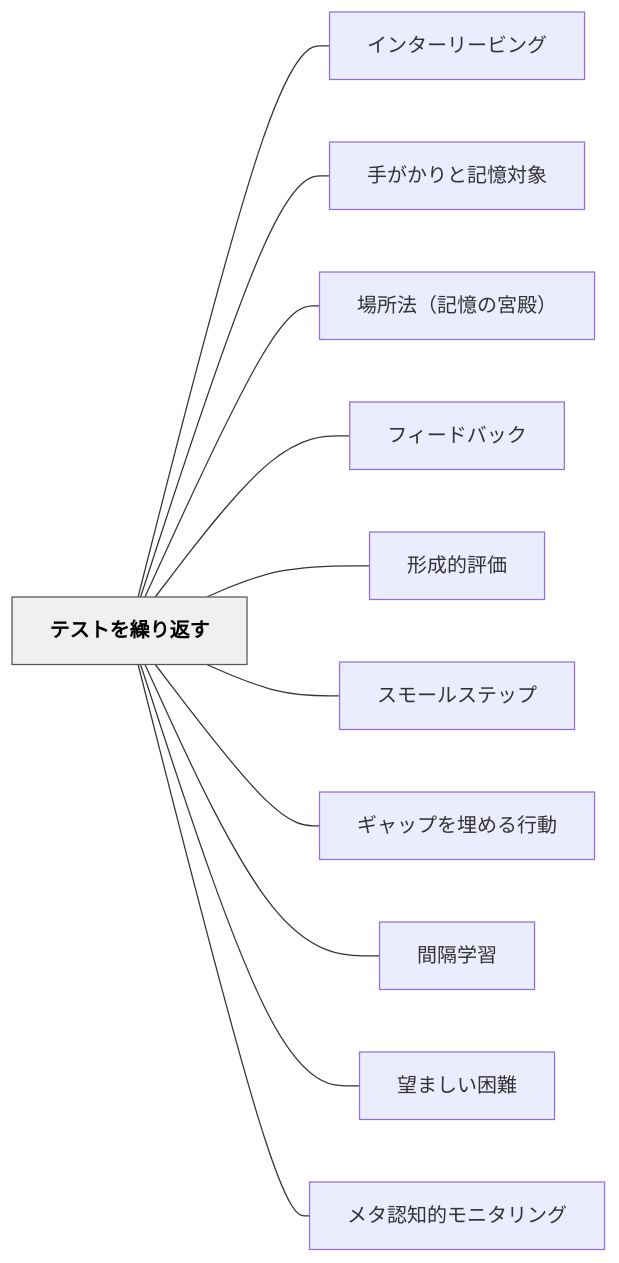
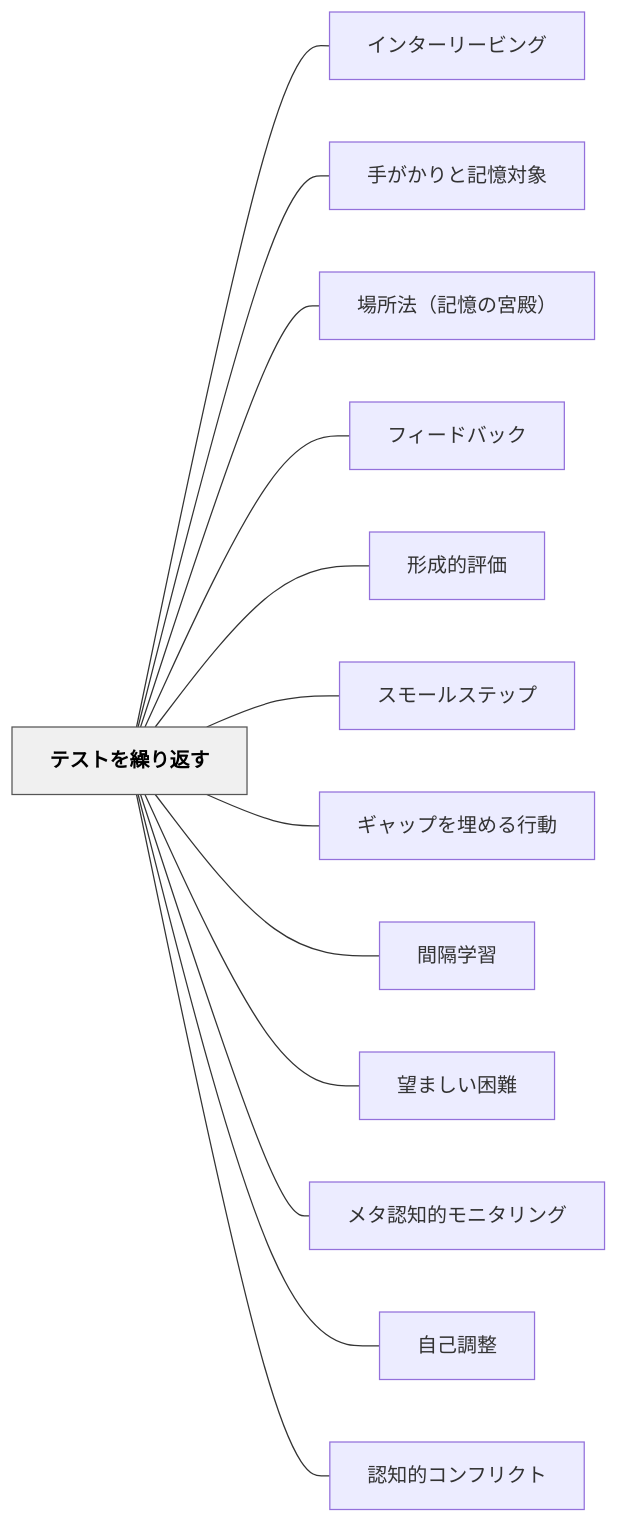
One commit to unknownthings-ed-patterns/unknownthings-ed-patterns changed the diagram in content/パタン/テストを繰り返す.md. Above: the diagram before and after it, drawn with Mermaid. The commit also changed other lines of this file and 76 other files, not shown here.

````diff
--- a/content/パタン/テストを繰り返す.md
+++ b/content/パタン/テストを繰り返す.md
@@ -79,28 +81,32 @@
 ```mermaid
 flowchart LR
     ne38386e382b9e38388e38292e7b9b0e3828ae8bf94e38199["テストを繰り返す"]
     ne382a4e383b3e382bfe383bce383aae383bce38393e383b3e382b0["インターリービング"]
     ne6898be3818ce3818be3828ae381a8e8a898e686b6e5afbee8b1a1["手がかりと記憶対象"]
     ne5a0b4e68980e6b395efbc88e8a898e686b6e381aee5aeaee6aebfefbc89["場所法（記憶の宮殿）"]
     ne38395e382a3e383bce38389e38390e38383e382af["フィードバック"]
     ne5bda2e68890e79a84e8a995e4bea1["形成的評価"]
     ne382b9e383a2e383bce383abe382b9e38386e38383e38397["スモールステップ"]
     ne382aee383a3e38383e38397e38292e59f8be38281e3828be8a18ce58b95["ギャップを埋める行動"]
     ne99693e99a94e5ada6e7bf92["間隔学習"]
     ne69c9be381bee38197e38184e59bb0e99ba3["望ましい困難"]
     ne383a1e382bfe8aa8de79fa5e79a84e383a2e3838be382bfe383aae383b3e382b0["メタ認知的モニタリング"]
+    ne887aae5b7b1e8aabfe695b4["自己調整"]
+    ne8aa8de79fa5e79a84e382b3e383b3e38395e383aae382afe38388["認知的コンフリクト"]
 
     ne38386e382b9e38388e38292e7b9b0e3828ae8bf94e38199 --- ne382a4e383b3e382bfe383bce383aae383bce38393e383b3e382b0
     ne38386e382b9e38388e38292e7b9b0e3828ae8bf94e38199 --- ne6898be3818ce3818be3828ae381a8e8a898e686b6e5afbee8b1a1
     ne38386e382b9e38388e38292e7b9b0e3828ae8bf94e38199 --- ne5a0b4e68980e6b395efbc88e8a898e686b6e381aee5aeaee6aebfefbc89
     ne38386e382b9e38388e38292e7b9b0e3828ae8bf94e38199 --- ne38395e382a3e383bce38389e38390e38383e382af
     ne38386e382b9e38388e38292e7b9b0e3828ae8bf94e38199 --- ne5bda2e68890e79a84e8a995e4bea1
     ne38386e382b9e38388e38292e7b9b0e3828ae8bf94e38199 --- ne382b9e383a2e383bce383abe382b9e38386e38383e38397
     ne38386e382b9e38388e38292e7b9b0e3828ae8bf94e38199 --- ne382aee383a3e38383e38397e38292e59f8be38281e3828be8a18ce58b95
     ne38386e382b9e38388e38292e7b9b0e3828ae8bf94e38199 --- ne99693e99a94e5ada6e7bf92
     ne38386e382b9e38388e38292e7b9b0e3828ae8bf94e38199 --- ne69c9be381bee38197e38184e59bb0e99ba3
     ne38386e382b9e38388e38292e7b9b0e3828ae8bf94e38199 --- ne383a1e382bfe8aa8de79fa5e79a84e383a2e3838be382bfe383aae383b3e382b0
+    ne38386e382b9e38388e38292e7b9b0e3828ae8bf94e38199 --- ne887aae5b7b1e8aabfe695b4
+    ne38386e382b9e38388e38292e7b9b0e3828ae8bf94e38199 --- ne8aa8de79fa5e79a84e382b3e383b3e38395e383aae382afe38388
 
     classDef hub fill:#f0f0f0,stroke:#555,color:#000,font-weight:bold
     class ne38386e382b9e38388e38292e7b9b0e3828ae8bf94e38199 hub
 ```
````
